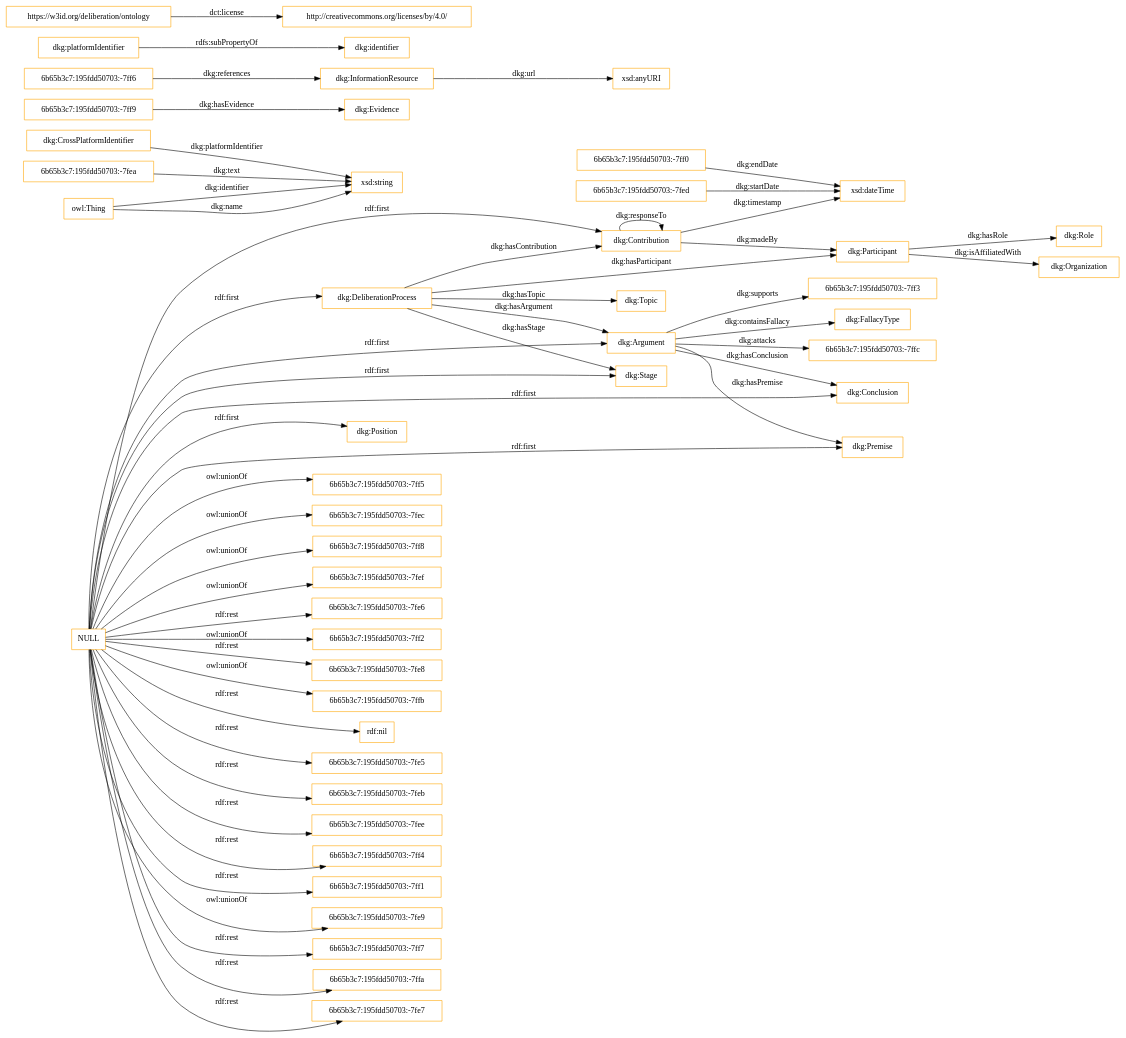
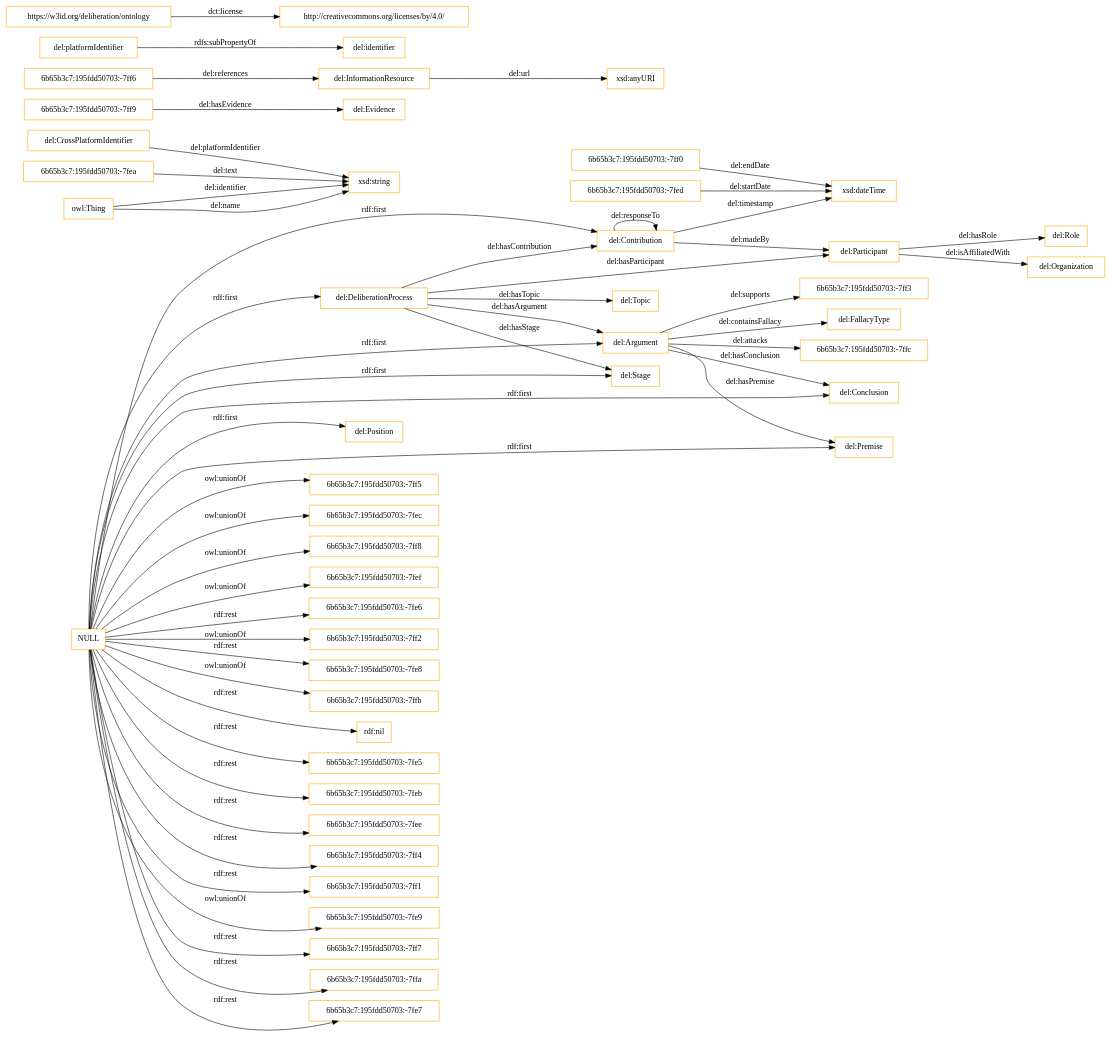
One commit to Stocastico96/Deliberation-Knowledge-Graph changed the diagram in OnToology/ontologies/deliberation.owl/diagrams/ar2dtool-class/deliberation.owl.png.dot. Above: the diagram before and after it, drawn with Graphviz. The commit also changed 22 other files, not shown here.

Commit message:
DKG -> DEL

```diff
--- a/OnToology/ontologies/deliberation.owl/diagrams/ar2dtool-class/deliberation.owl.png.dot
+++ b/OnToology/ontologies/deliberation.owl/diagrams/ar2dtool-class/deliberation.owl.png.dot
@@ -1,57 +1,57 @@
 digraph ar2dtool_diagram { 
 rankdir=LR;
 size="1501"
-node [shape = rectangle, color="orange"]; "6b65b3c7:195fdd50703:-7ff0" "dkg:CrossPlatformIdentifier" "dkg:Role" "dkg:Conclusion" "6b65b3c7:195fdd50703:-7ffc" "dkg:Topic" "dkg:Evidence" "dkg:DeliberationProcess" "6b65b3c7:195fdd50703:-7ff9" "dkg:Participant" "dkg:Argument" "6b65b3c7:195fdd50703:-7ff3" "dkg:Organization" "dkg:InformationResource" "dkg:Stage" "dkg:FallacyType" "6b65b3c7:195fdd50703:-7fea" "dkg:Position" "dkg:Contribution" "6b65b3c7:195fdd50703:-7ff6" "dkg:Premise" "6b65b3c7:195fdd50703:-7fed" ; /*classes style*/
+node [shape = rectangle, color="orange"]; "6b65b3c7:195fdd50703:-7ff0" "del:CrossPlatformIdentifier" "del:Role" "del:Conclusion" "6b65b3c7:195fdd50703:-7ffc" "del:Topic" "del:Evidence" "del:DeliberationProcess" "6b65b3c7:195fdd50703:-7ff9" "del:Participant" "del:Argument" "6b65b3c7:195fdd50703:-7ff3" "del:Organization" "del:InformationResource" "del:Stage" "del:FallacyType" "6b65b3c7:195fdd50703:-7fea" "del:Position" "del:Contribution" "6b65b3c7:195fdd50703:-7ff6" "del:Premise" "6b65b3c7:195fdd50703:-7fed" ; /*classes style*/
 	"NULL" -> "6b65b3c7:195fdd50703:-7ff5" [ label = "owl:unionOf" ];
 	"NULL" -> "6b65b3c7:195fdd50703:-7fec" [ label = "owl:unionOf" ];
-	"NULL" -> "dkg:Conclusion" [ label = "rdf:first" ];
+	"NULL" -> "del:Conclusion" [ label = "rdf:first" ];
 	"NULL" -> "6b65b3c7:195fdd50703:-7ff8" [ label = "owl:unionOf" ];
-	"NULL" -> "dkg:Argument" [ label = "rdf:first" ];
+	"NULL" -> "del:Argument" [ label = "rdf:first" ];
 	"NULL" -> "6b65b3c7:195fdd50703:-7fef" [ label = "owl:unionOf" ];
-	"NULL" -> "dkg:Premise" [ label = "rdf:first" ];
+	"NULL" -> "del:Premise" [ label = "rdf:first" ];
 	"NULL" -> "6b65b3c7:195fdd50703:-7fe6" [ label = "rdf:rest" ];
 	"NULL" -> "6b65b3c7:195fdd50703:-7ff2" [ label = "owl:unionOf" ];
 	"NULL" -> "6b65b3c7:195fdd50703:-7fe8" [ label = "rdf:rest" ];
 	"NULL" -> "6b65b3c7:195fdd50703:-7ffb" [ label = "owl:unionOf" ];
-	"NULL" -> "dkg:Position" [ label = "rdf:first" ];
-	"NULL" -> "dkg:DeliberationProcess" [ label = "rdf:first" ];
+	"NULL" -> "del:Position" [ label = "rdf:first" ];
+	"NULL" -> "del:DeliberationProcess" [ label = "rdf:first" ];
 	"NULL" -> "rdf:nil" [ label = "rdf:rest" ];
 	"NULL" -> "6b65b3c7:195fdd50703:-7fe5" [ label = "rdf:rest" ];
 	"NULL" -> "6b65b3c7:195fdd50703:-7feb" [ label = "rdf:rest" ];
 	"NULL" -> "6b65b3c7:195fdd50703:-7fee" [ label = "rdf:rest" ];
 	"NULL" -> "6b65b3c7:195fdd50703:-7ff4" [ label = "rdf:rest" ];
 	"NULL" -> "6b65b3c7:195fdd50703:-7ff1" [ label = "rdf:rest" ];
 	"NULL" -> "6b65b3c7:195fdd50703:-7fe9" [ label = "owl:unionOf" ];
 	"NULL" -> "6b65b3c7:195fdd50703:-7ff7" [ label = "rdf:rest" ];
 	"NULL" -> "6b65b3c7:195fdd50703:-7ffa" [ label = "rdf:rest" ];
-	"NULL" -> "dkg:Stage" [ label = "rdf:first" ];
+	"NULL" -> "del:Stage" [ label = "rdf:first" ];
 	"NULL" -> "6b65b3c7:195fdd50703:-7fe7" [ label = "rdf:rest" ];
-	"NULL" -> "dkg:Contribution" [ label = "rdf:first" ];
-	"dkg:platformIdentifier" -> "dkg:identifier" [ label = "rdfs:subPropertyOf" ];
+	"NULL" -> "del:Contribution" [ label = "rdf:first" ];
+	"del:platformIdentifier" -> "del:identifier" [ label = "rdfs:subPropertyOf" ];
 	"https://w3id.org/deliberation/ontology" -> "http://creativecommons.org/licenses/by/4.0/" [ label = "dct:license" ];
-	"dkg:CrossPlatformIdentifier" -> "xsd:string" [ label = "dkg:platformIdentifier" ];
-	"dkg:Participant" -> "dkg:Role" [ label = "dkg:hasRole" ];
-	"dkg:Argument" -> "6b65b3c7:195fdd50703:-7ffc" [ label = "dkg:attacks" ];
-	"owl:Thing" -> "xsd:string" [ label = "dkg:identifier" ];
-	"dkg:DeliberationProcess" -> "dkg:Argument" [ label = "dkg:hasArgument" ];
-	"6b65b3c7:195fdd50703:-7ff9" -> "dkg:Evidence" [ label = "dkg:hasEvidence" ];
-	"dkg:Participant" -> "dkg:Organization" [ label = "dkg:isAffiliatedWith" ];
-	"dkg:DeliberationProcess" -> "dkg:Contribution" [ label = "dkg:hasContribution" ];
-	"6b65b3c7:195fdd50703:-7fed" -> "xsd:dateTime" [ label = "dkg:startDate" ];
-	"dkg:InformationResource" -> "xsd:anyURI" [ label = "dkg:url" ];
-	"dkg:Contribution" -> "dkg:Participant" [ label = "dkg:madeBy" ];
-	"dkg:Argument" -> "dkg:Conclusion" [ label = "dkg:hasConclusion" ];
-	"dkg:Contribution" -> "xsd:dateTime" [ label = "dkg:timestamp" ];
-	"6b65b3c7:195fdd50703:-7ff6" -> "dkg:InformationResource" [ label = "dkg:references" ];
-	"dkg:Argument" -> "dkg:FallacyType" [ label = "dkg:containsFallacy" ];
-	"6b65b3c7:195fdd50703:-7ff0" -> "xsd:dateTime" [ label = "dkg:endDate" ];
-	"dkg:Argument" -> "dkg:Premise" [ label = "dkg:hasPremise" ];
-	"dkg:DeliberationProcess" -> "dkg:Topic" [ label = "dkg:hasTopic" ];
-	"6b65b3c7:195fdd50703:-7fea" -> "xsd:string" [ label = "dkg:text" ];
-	"dkg:Contribution" -> "dkg:Contribution" [ label = "dkg:responseTo" ];
-	"dkg:DeliberationProcess" -> "dkg:Stage" [ label = "dkg:hasStage" ];
-	"dkg:Argument" -> "6b65b3c7:195fdd50703:-7ff3" [ label = "dkg:supports" ];
-	"owl:Thing" -> "xsd:string" [ label = "dkg:name" ];
-	"dkg:DeliberationProcess" -> "dkg:Participant" [ label = "dkg:hasParticipant" ];
+	"del:CrossPlatformIdentifier" -> "xsd:string" [ label = "del:platformIdentifier" ];
+	"del:Participant" -> "del:Role" [ label = "del:hasRole" ];
+	"del:Argument" -> "6b65b3c7:195fdd50703:-7ffc" [ label = "del:attacks" ];
+	"owl:Thing" -> "xsd:string" [ label = "del:identifier" ];
+	"del:DeliberationProcess" -> "del:Argument" [ label = "del:hasArgument" ];
+	"6b65b3c7:195fdd50703:-7ff9" -> "del:Evidence" [ label = "del:hasEvidence" ];
+	"del:Participant" -> "del:Organization" [ label = "del:isAffiliatedWith" ];
+	"del:DeliberationProcess" -> "del:Contribution" [ label = "del:hasContribution" ];
+	"6b65b3c7:195fdd50703:-7fed" -> "xsd:dateTime" [ label = "del:startDate" ];
+	"del:InformationResource" -> "xsd:anyURI" [ label = "del:url" ];
+	"del:Contribution" -> "del:Participant" [ label = "del:madeBy" ];
+	"del:Argument" -> "del:Conclusion" [ label = "del:hasConclusion" ];
+	"del:Contribution" -> "xsd:dateTime" [ label = "del:timestamp" ];
+	"6b65b3c7:195fdd50703:-7ff6" -> "del:InformationResource" [ label = "del:references" ];
+	"del:Argument" -> "del:FallacyType" [ label = "del:containsFallacy" ];
+	"6b65b3c7:195fdd50703:-7ff0" -> "xsd:dateTime" [ label = "del:endDate" ];
+	"del:Argument" -> "del:Premise" [ label = "del:hasPremise" ];
+	"del:DeliberationProcess" -> "del:Topic" [ label = "del:hasTopic" ];
+	"6b65b3c7:195fdd50703:-7fea" -> "xsd:string" [ label = "del:text" ];
+	"del:Contribution" -> "del:Contribution" [ label = "del:responseTo" ];
+	"del:DeliberationProcess" -> "del:Stage" [ label = "del:hasStage" ];
+	"del:Argument" -> "6b65b3c7:195fdd50703:-7ff3" [ label = "del:supports" ];
+	"owl:Thing" -> "xsd:string" [ label = "del:name" ];
+	"del:DeliberationProcess" -> "del:Participant" [ label = "del:hasParticipant" ];
 
 }
```
